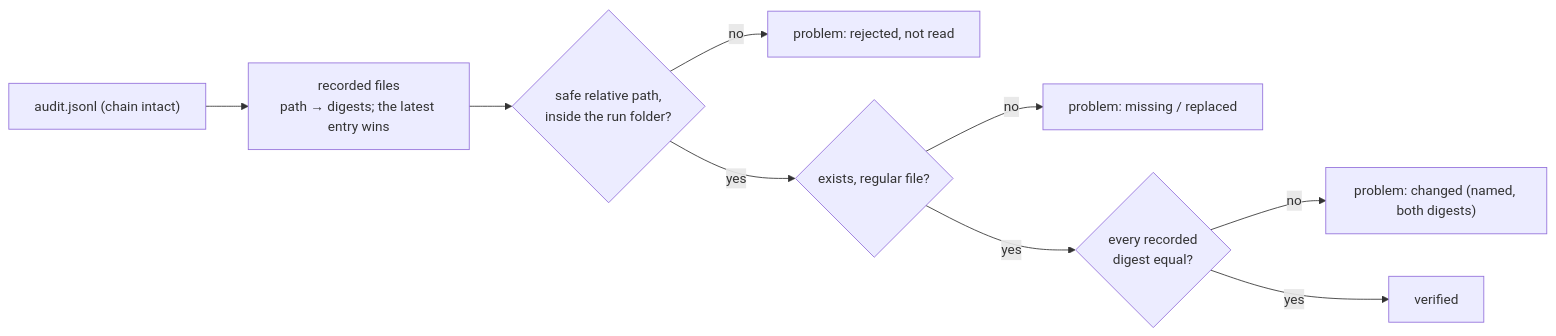
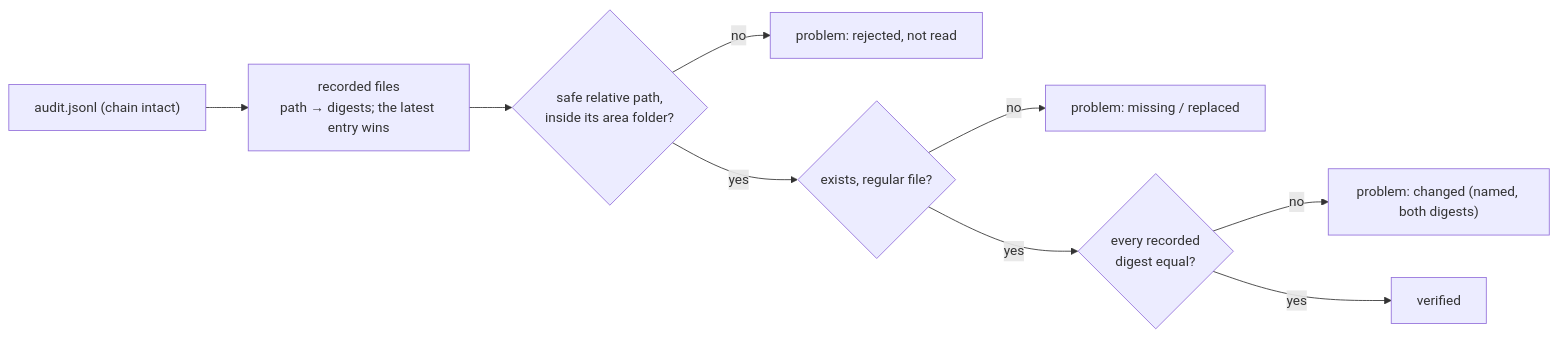
Before and after one commit to Panacota96/rv-triage: the third of 5 diagrams in docs/forensic-audit.md, drawn with Mermaid. The commit also changed other lines of this file and 85 other files, not shown here.

````diff
--- a/docs/forensic-audit.md
+++ b/docs/forensic-audit.md
@@ -80,11 +77,11 @@
 ```mermaid
 flowchart LR
     A["audit.jsonl (chain intact)"] --> R["recorded files<br/>path → digests; the latest entry wins"]
-    R --> S{"safe relative path,<br/>inside the run folder?"}
+    R --> S{"safe relative path,<br/>inside its area folder?"}
     S -- no --> X["problem: rejected, not read"]
     S -- yes --> E{"exists, regular file?"}
     E -- no --> M["problem: missing / replaced"]
     E -- yes --> H{"every recorded<br/>digest equal?"}
     H -- no --> C["problem: changed (named, both digests)"]
     H -- yes --> V["verified"]
 ```
````
